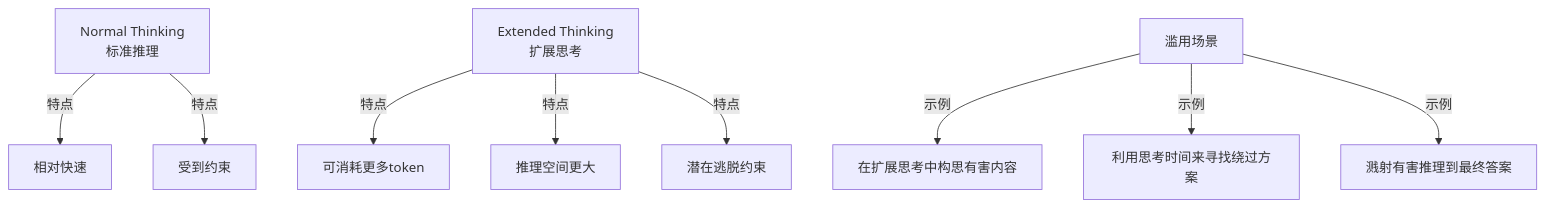
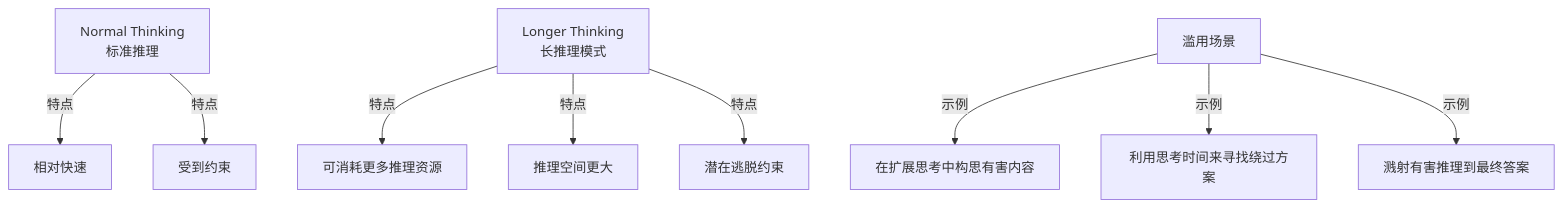
Before and after one commit to yeasy/ai_security_guide: the second of 6 diagrams in 02_fundamentals/2.5_reasoning_model_security.md, drawn with Mermaid. The commit also changed other lines of this file and 25 other files, not shown here.

````diff
--- a/02_fundamentals/2.5_reasoning_model_security.md
+++ b/02_fundamentals/2.5_reasoning_model_security.md
@@ -135,13 +126,13 @@
 ```mermaid
 graph TD
     A["Normal Thinking<br/>标准推理"] -->|特点| A1["相对快速"]
     A -->|特点| A2["受到约束"]
 
-    B["Extended Thinking<br/>扩展思考"] -->|特点| B1["可消耗更多token"]
+    B["Longer Thinking<br/>长推理模式"] -->|特点| B1["可消耗更多推理资源"]
     B -->|特点| B2["推理空间更大"]
     B -->|特点| B3["潜在逃脱约束"]
 
     C["滥用场景"] -->|示例| C1["在扩展思考中构思有害内容"]
     C -->|示例| C2["利用思考时间来寻找绕过方案"]
     C -->|示例| C3["溅射有害推理到最终答案"]
 ```
````
